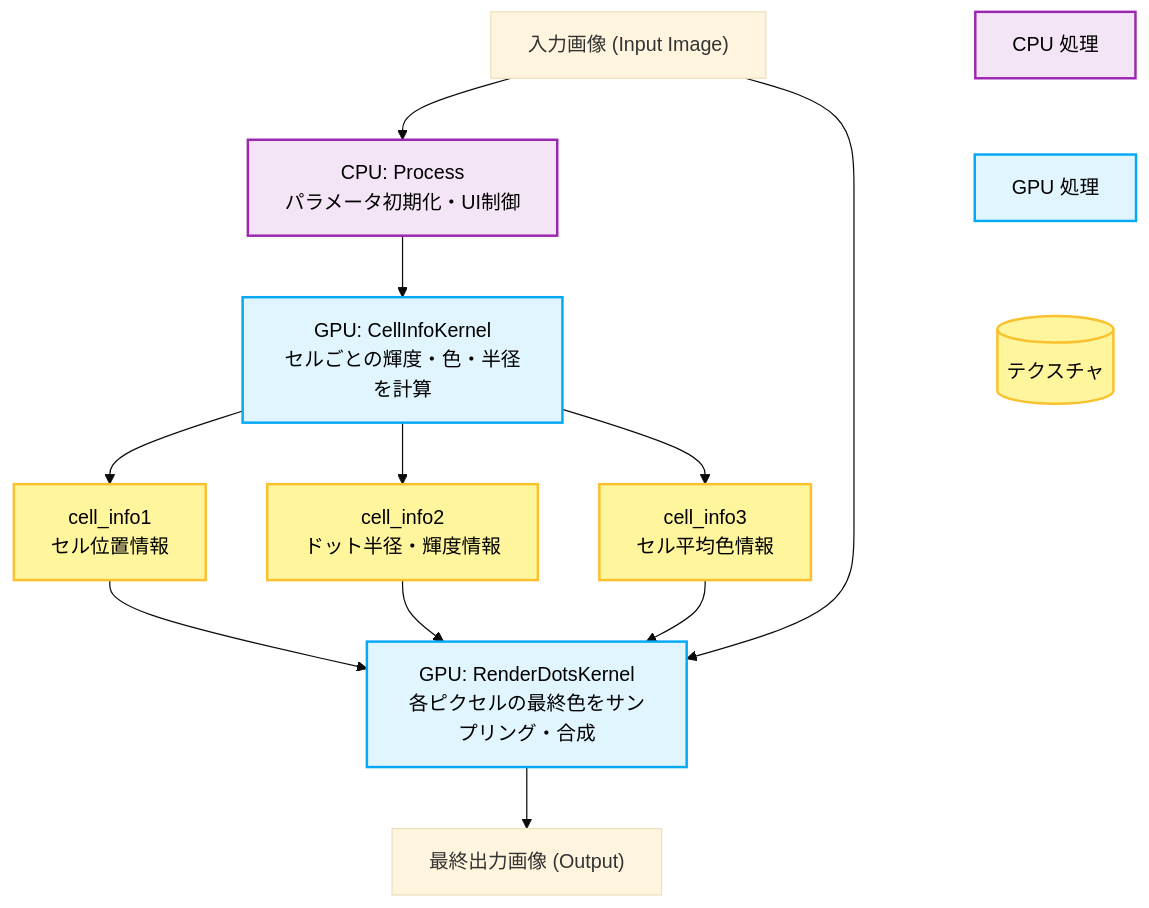
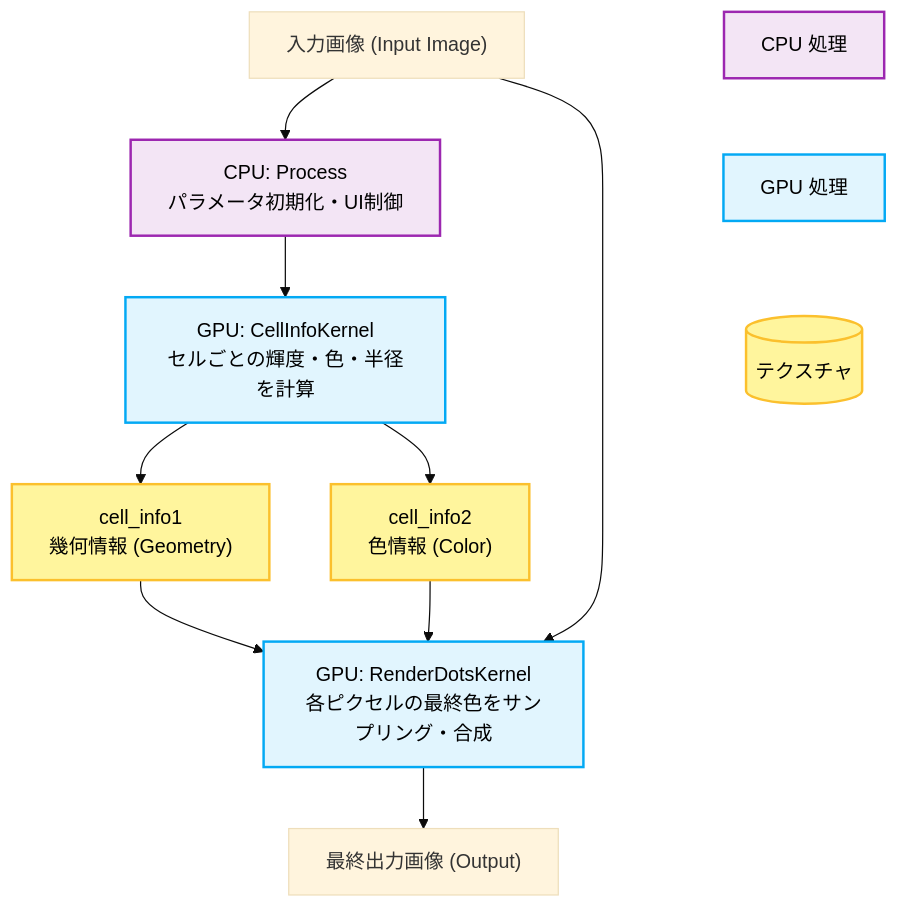
One commit to mug-lab-3/DaVinciResolveEffects changed the diagram in fuses/halftone/MugAdvancedHalftone.md. Above: the diagram before and after it, drawn with Mermaid (base theme). The commit also changed other lines of this file and 1 other file, not shown here.

````diff
--- a/fuses/halftone/MugAdvancedHalftone.md
+++ b/fuses/halftone/MugAdvancedHalftone.md
@@ -25,27 +25,25 @@
 ```mermaid
 graph TD
     A["入力画像 (Input Image)"] --> CPU["CPU: Process<br/>パラメータ初期化・UI制御"]
     CPU --> C_K["GPU: CellInfoKernel<br/>セルごとの輝度・色・半径を計算"]
     
-    C_K --> B1["cell_info1<br/>セル位置情報"]
-    C_K --> B2["cell_info2<br/>ドット半径・輝度情報"]
-    C_K --> B3["cell_info3<br/>セル平均色情報"]
+    C_K --> B1["cell_info1<br/>幾何情報 (Geometry)"]
+    C_K --> B2["cell_info2<br/>色情報 (Color)"]
     
     B1 --> R_K["GPU: RenderDotsKernel<br/>各ピクセルの最終色をサンプリング・合成"]
     B2 --> R_K
-    B3 --> R_K
     A --> R_K
     
     R_K --> Z["最終出力画像 (Output)"]
 
     %% Legend Nodes
     L1[CPU 処理]:::cpuStyle ~~~ L2[GPU 処理]:::gpuStyle ~~~ L3[(テクスチャ)]:::bufStyle
 
     classDef cpuStyle fill:#f3e5f5,stroke:#9c27b0,stroke-width:2px,color:#000000
     classDef gpuStyle fill:#e1f5fe,stroke:#03a9f4,stroke-width:2px,color:#000000
     classDef bufStyle fill:#fff59d,stroke:#fbc02d,stroke-width:2px,color:#000000
 
     class CPU cpuStyle
     class C_K,R_K gpuStyle
-    class B1,B2,B3 bufStyle
+    class B1,B2 bufStyle
 ```
````
